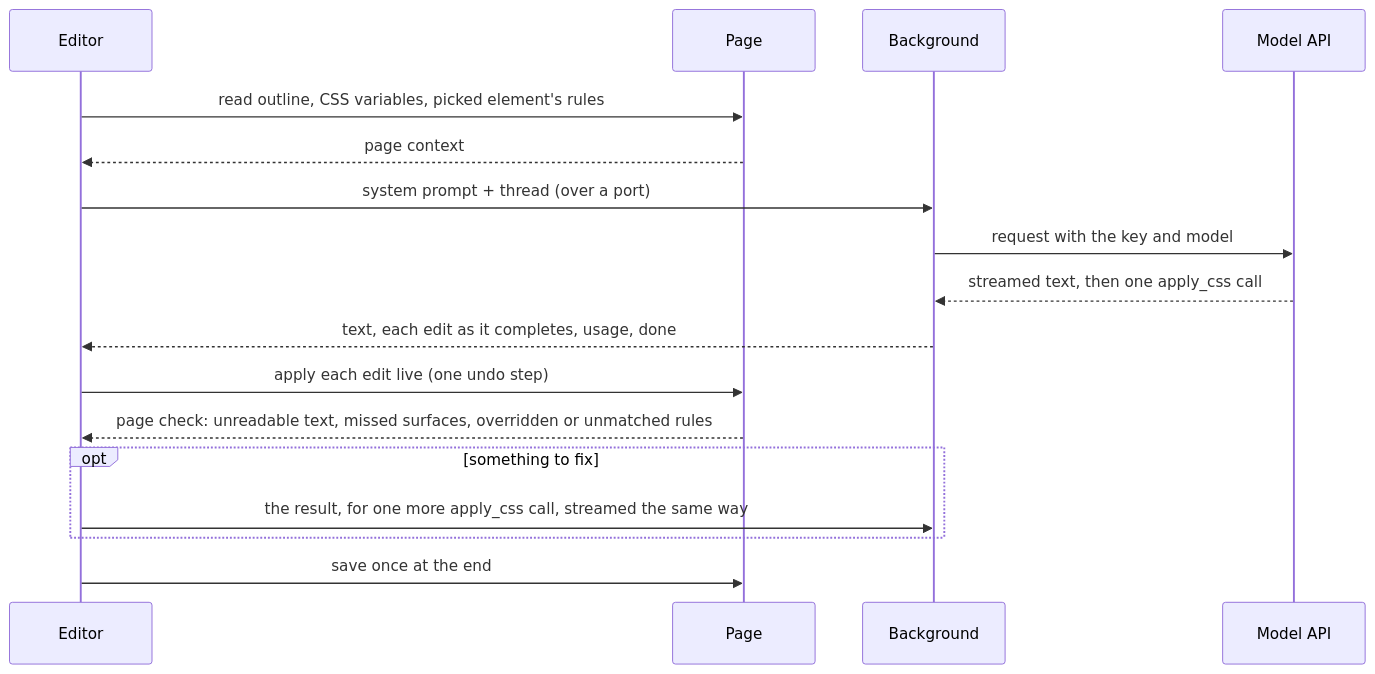
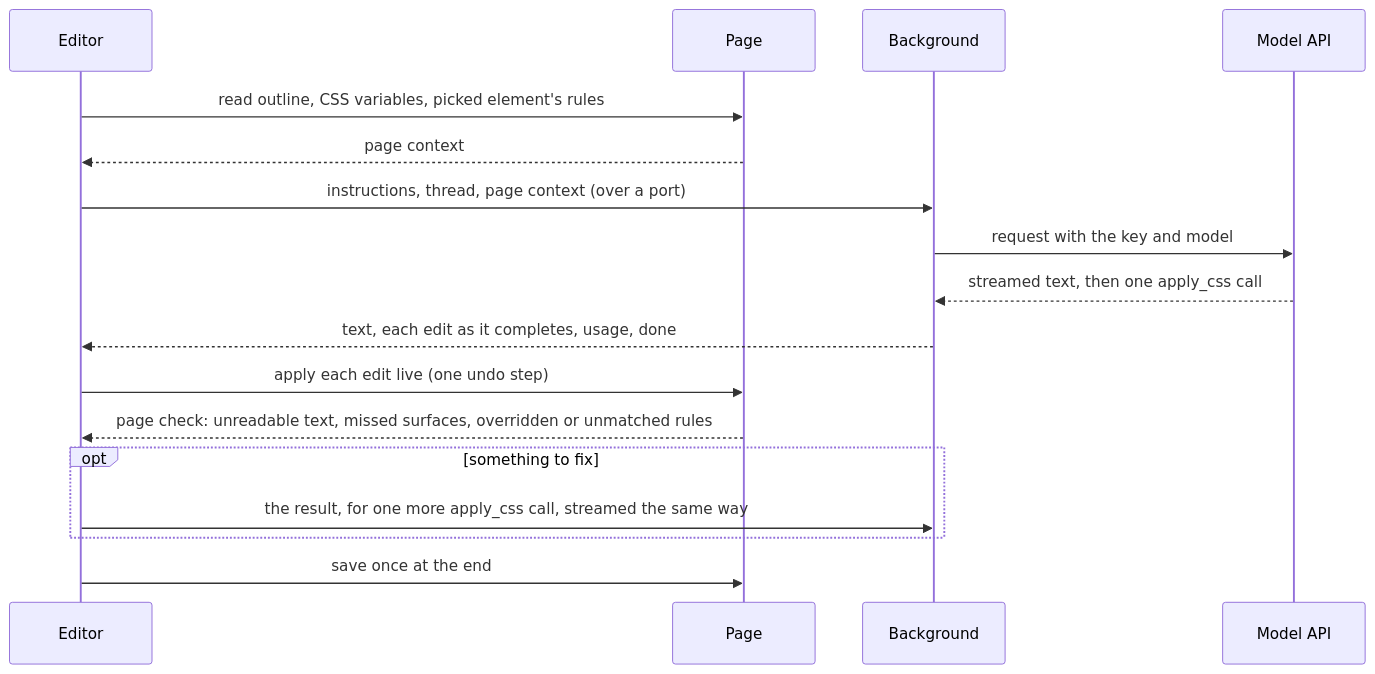
The diagram in docs/chat.md (ankit/stylebot), drawn with Mermaid before and after one commit. The commit also changed other lines of this file and 20 other files, not shown here.

````diff
--- a/docs/chat.md
+++ b/docs/chat.md
@@ -7,19 +7,19 @@
 ```mermaid
 sequenceDiagram
     participant E as Editor
     participant P as Page
     participant B as Background
     participant M as Model API
     E->>P: read outline, CSS variables, picked element's rules
     P-->>E: page context
-    E->>B: system prompt + thread (over a port)
+    E->>B: instructions, thread, page context (over a port)
     B->>M: request with the key and model
     M-->>B: streamed text, then one apply_css call
     B-->>E: text, each edit as it completes, usage, done
     E->>P: apply each edit live (one undo step)
     P-->>E: page check: unreadable text, missed surfaces, overridden or unmatched rules
     opt something to fix
         E->>B: the result, for one more apply_css call, streamed the same way
     end
     E->>P: save once at the end
 ```
````
